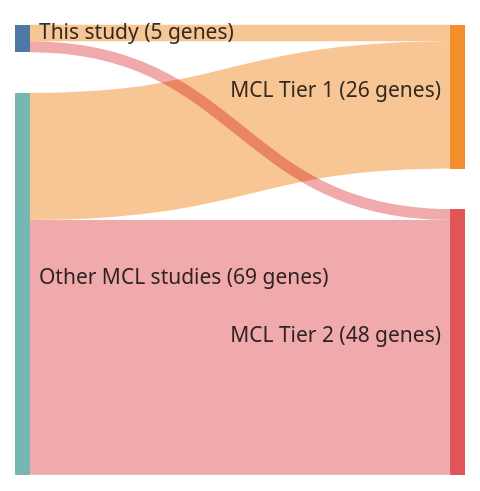
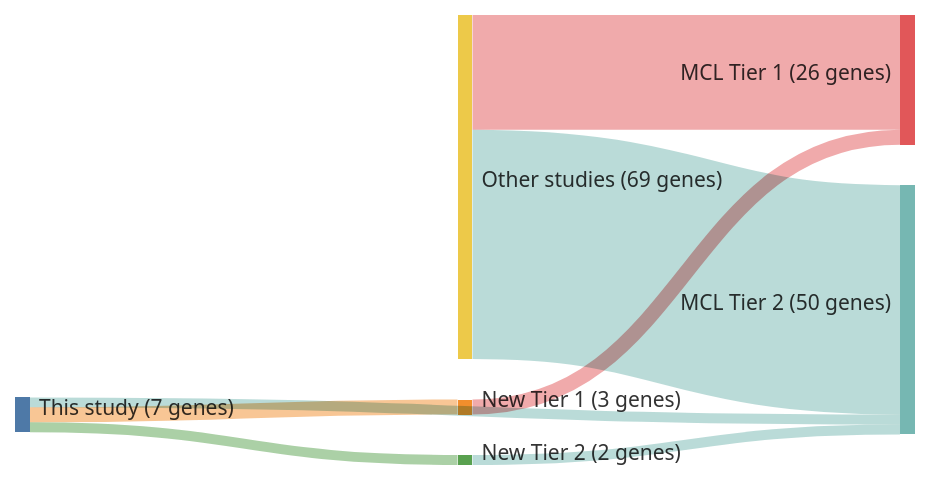
Before and after one commit to morinlab/lymphopedia: the diagram in papers/nadeuGenomicEpigenomicInsights2020b.md, drawn with Mermaid. The commit also changed 82 other files, not shown here.

````diff
--- a/papers/nadeuGenomicEpigenomicInsights2020b.md
+++ b/papers/nadeuGenomicEpigenomicInsights2020b.md
@@ -12,18 +12,21 @@
 ```mermaid
 ---
 config:
     sankey:
         showValues: true
         linkColor: target
-        width: 300
+        width: 600
         height: 300
         nodeAlignment: right
         prefix: '('
         suffix: ' genes)'
 ---
 sankey-beta
-This study, MCL Tier 1, 3
+This study, New Tier 1, 3
+New Tier 1, MCL Tier 1, 3
 This study, MCL Tier 2, 2
-Other MCL studies, MCL Tier 1, 23
-Other MCL studies, MCL Tier 2, 46
+This study, New Tier 2, 2
+New Tier 2, MCL Tier 2, 2
+Other studies, MCL Tier 1, 23
+Other studies, MCL Tier 2, 46
 ```
````
